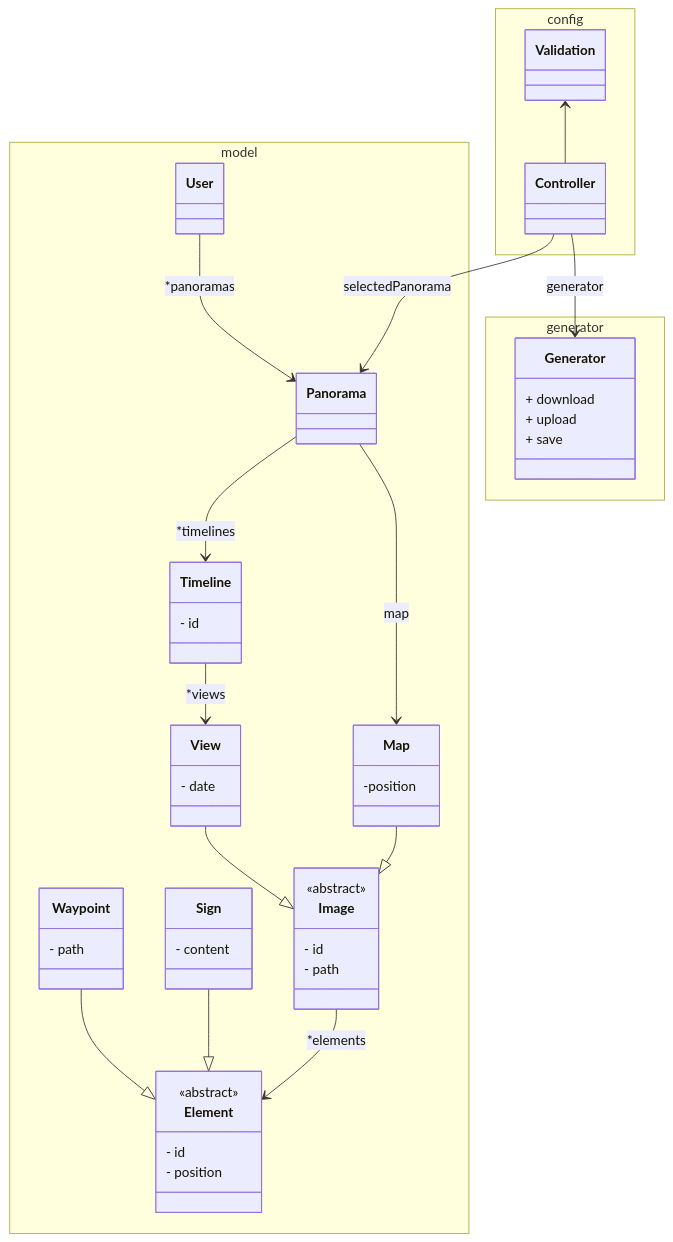
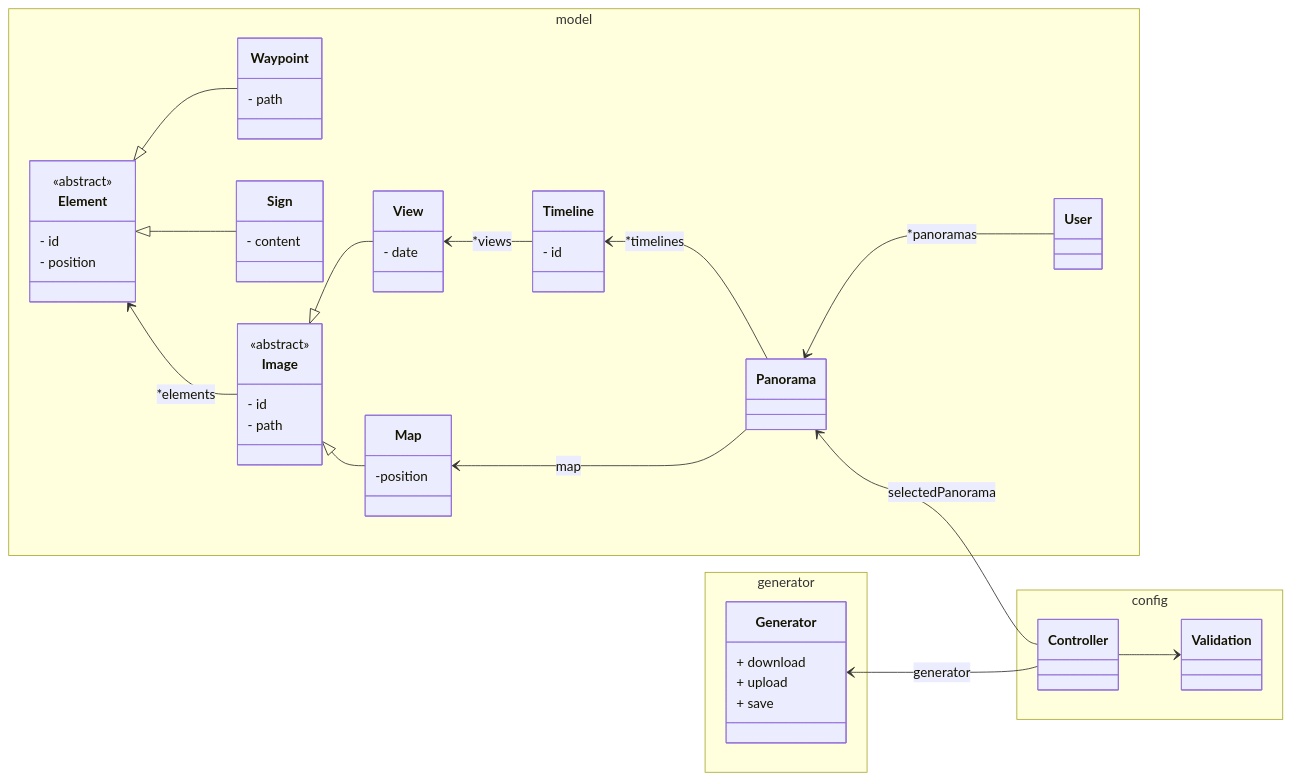
Before and after one commit to axdelafuen/archivr: the diagram in Diagrams/generator-class-diagram.md, drawn with Mermaid.

````diff
--- a/Diagrams/generator-class-diagram.md
+++ b/Diagrams/generator-class-diagram.md
@@ -1,70 +1,72 @@
 ```mermaid
 
 classDiagram
-    
+
+direction RL
+
 namespace config {
     class Validation
     class Controller
 }
 
 Validation <-- Controller
 
 namespace model{
     class User{
 
     }
     class Panorama{
 
     }
     class Image{
         <<abstract>>
         - id
         - path
     }
     class View{
         - date
     }
     class Timeline{
         - id
     }
     class Map{
         -position
     }
     class Element{
         <<abstract>>
         - id
         - position
     }
     class Waypoint{
         - path
     }
     class Sign{
         - content
     }
 }
 User --> Panorama:*panoramas
 
 View --|> Image
 Map --|> Image
 Waypoint --|> Element
 Sign --|> Element
 
 Image --> Element : *elements
 
 Panorama --> Map: map
 Timeline --> View : *views
 Panorama --> Timeline : *timelines
 
 Controller --> Panorama : selectedPanorama
 
 namespace generator{
     class Generator{
         + download
         + upload
         + save
     }
 }
 
 Controller --> Generator : generator
 
 ```
````
